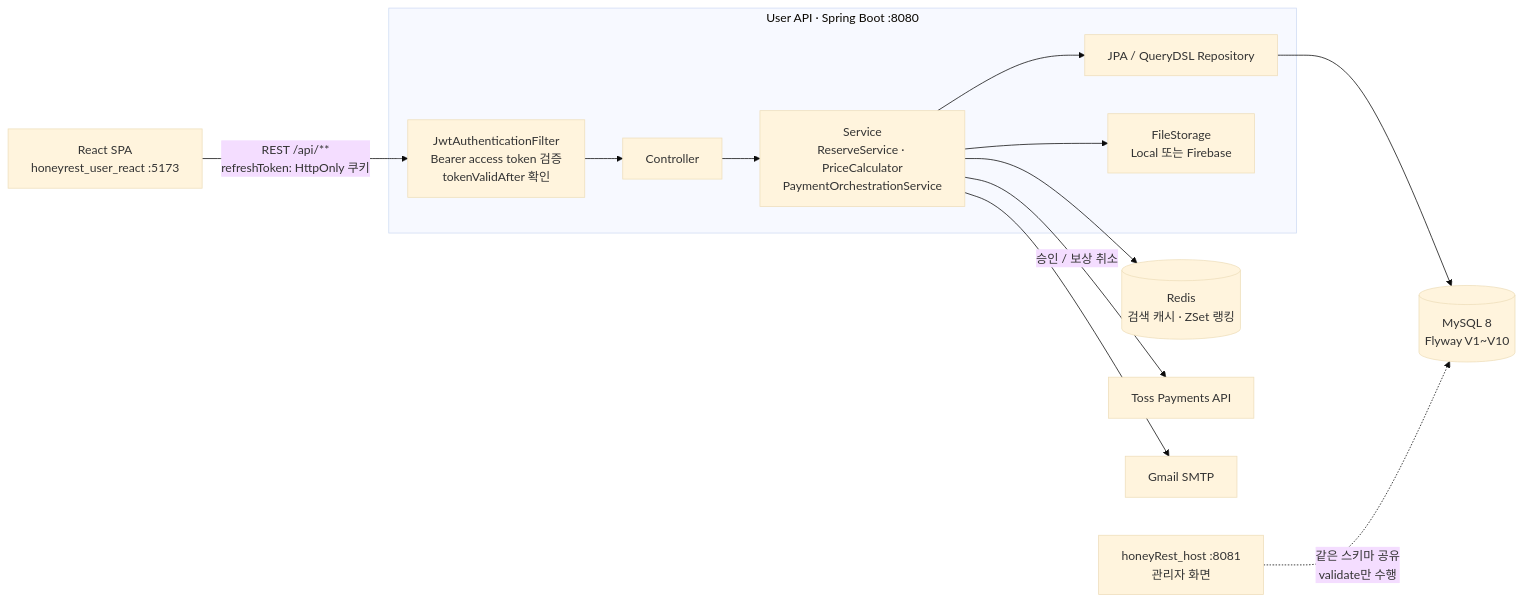
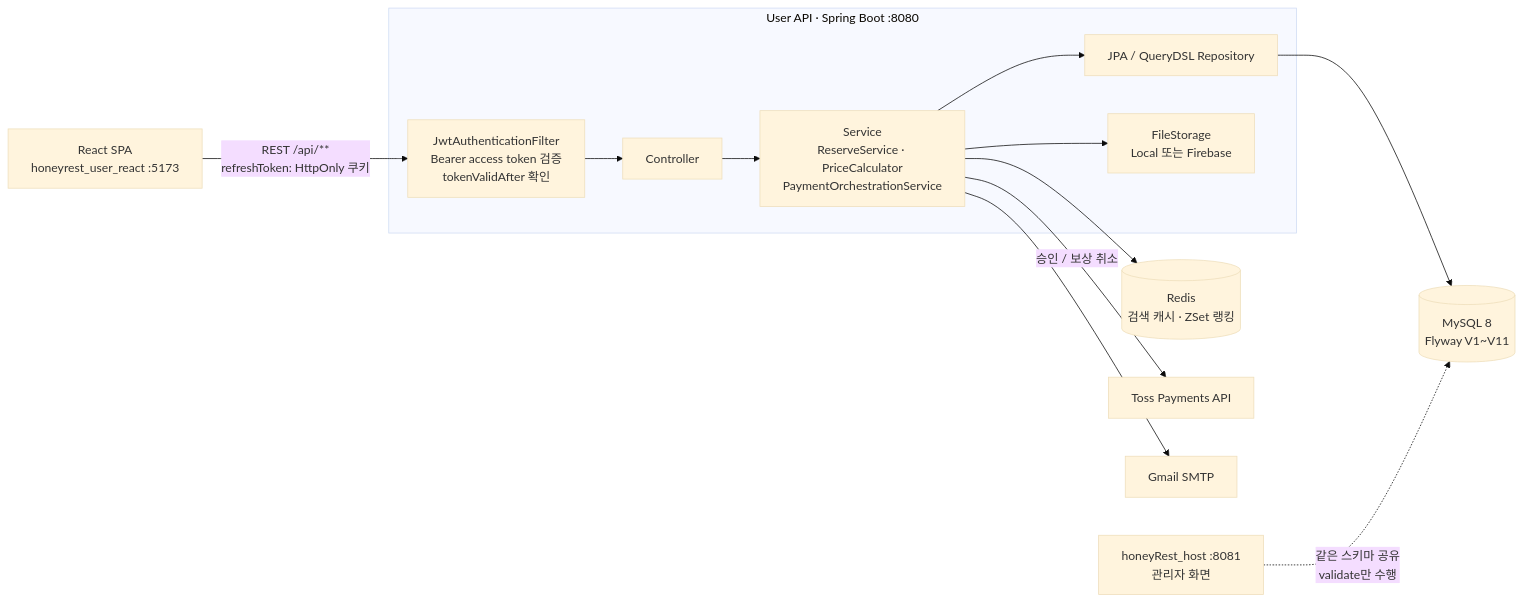
One commit to Seongwonp/honeyRest_user changed the diagram in README.md. Above: the diagram before and after it, drawn with Mermaid (base theme). The commit also changed other lines of this file and 7 other files, not shown here.

````diff
--- a/README.md
+++ b/README.md
@@ -61,22 +61,22 @@
 ```mermaid
 flowchart LR
     FE["React SPA<br/>honeyrest_user_react :5173"]
     HOST["honeyRest_host :8081<br/>관리자 화면"]
 
     subgraph API["User API · Spring Boot :8080"]
         F["JwtAuthenticationFilter<br/>Bearer access token 검증<br/>tokenValidAfter 확인"]
         C["Controller"]
         S["Service<br/>ReserveService · PriceCalculator<br/>PaymentOrchestrationService"]
         Q["JPA / QueryDSL Repository"]
         FS["FileStorage<br/>Local 또는 Firebase"]
         F --> C --> S --> Q
         S --> FS
     end
 
     FE -- "REST /api/**<br/>refreshToken: HttpOnly 쿠키" --> F
-    Q --> DB[("MySQL 8<br/>Flyway V1~V10")]
+    Q --> DB[("MySQL 8<br/>Flyway V1~V11")]
     S --> R[("Redis<br/>검색 캐시 · ZSet 랭킹")]
     S -- "승인 / 보상 취소" --> TOSS["Toss Payments API"]
     S --> MAIL["Gmail SMTP"]
     HOST -. "같은 스키마 공유<br/>validate만 수행" .-> DB
 ```
````
